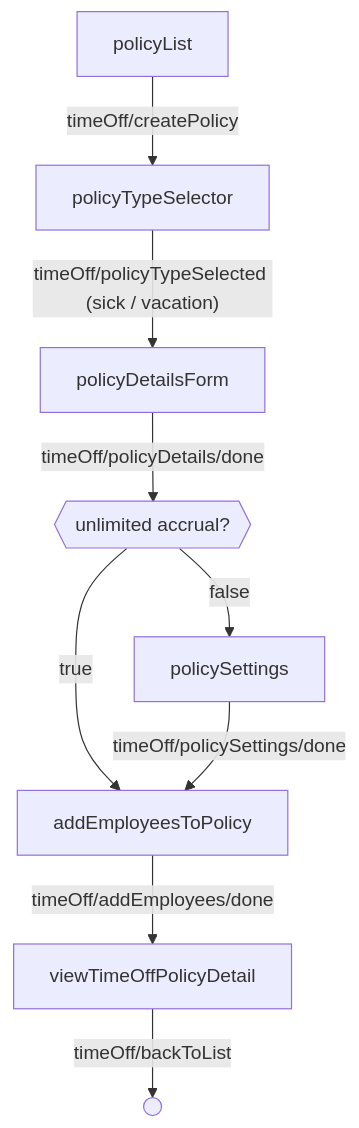
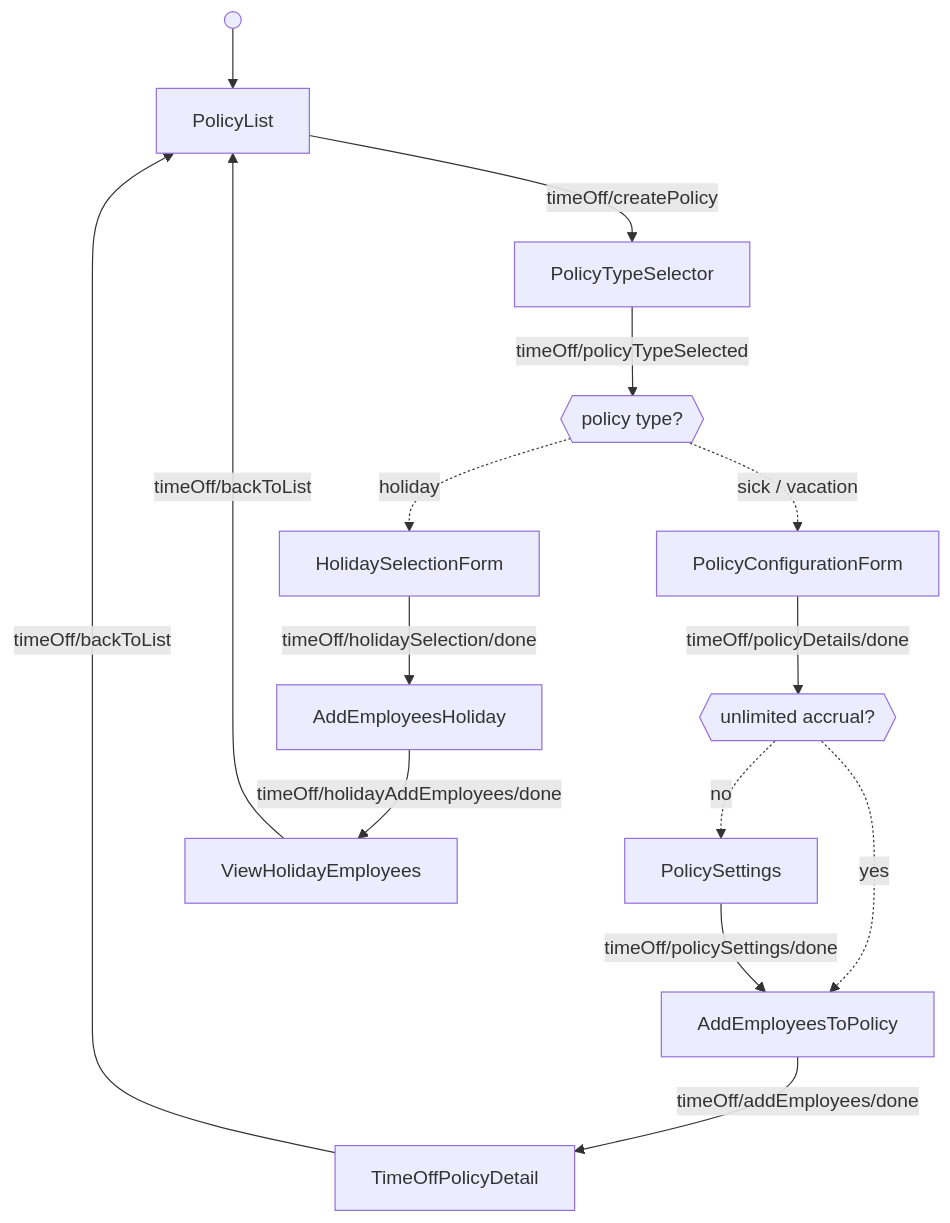
One commit to Gusto/embedded-react-sdk changed the first of 2 diagrams in docs/reference/time-off/time-off-flow.md. Above: the diagram before and after it, drawn with Mermaid. The commit also changed other lines of this file and 8 other files, not shown here.

First line of the commit message:
docs(payroll,time-off): rebuild step diagrams as hub-and-spoke

````diff
--- a/docs/reference/time-off/time-off-flow.md
+++ b/docs/reference/time-off/time-off-flow.md
@@ -94,11 +90,19 @@
 ```mermaid
 flowchart
-  policyList -->|"timeOff/createPolicy"| policyTypeSelector
-  policyTypeSelector -->|"timeOff/policyTypeSelected (sick / vacation)"| policyDetailsForm
-  policyDetailsForm -->|"timeOff/policyDetails/done"| unlimited{{"unlimited accrual?"}}
-  unlimited -->|true| addEmployeesToPolicy
-  unlimited -->|false| policySettings
-  policySettings -->|"timeOff/policySettings/done"| addEmployeesToPolicy
-  addEmployeesToPolicy -->|"timeOff/addEmployees/done"| viewTimeOffPolicyDetail
-  viewTimeOffPolicyDetail -->|"timeOff/backToList"| done(( ))
+  start@{ shape: sm-circ } --> PolicyList["PolicyList"]
+  PolicyList -->|"timeOff/createPolicy"| PolicyTypeSelector["PolicyTypeSelector"]
+  PolicyTypeSelector -->|"timeOff/policyTypeSelected"| policyType{{"policy type?"}}
+  policyType -.->|"sick / vacation"| PolicyConfigurationForm["PolicyConfigurationForm"]
+  policyType -.->|"holiday"| HolidaySelectionForm["HolidaySelectionForm"]
+  PolicyConfigurationForm -->|"timeOff/policyDetails/done"| unlimited{{"unlimited accrual?"}}
+  unlimited -.->|"yes"| AddEmployeesToPolicy["AddEmployeesToPolicy"]
+  unlimited -.->|"no"| PolicySettings["PolicySettings"]
+  PolicySettings -->|"timeOff/policySettings/done"| AddEmployeesToPolicy
+  AddEmployeesToPolicy -->|"timeOff/addEmployees/done"| TimeOffPolicyDetail["TimeOffPolicyDetail"]
+  HolidaySelectionForm -->|"timeOff/holidaySelection/done"| AddEmployeesHoliday["AddEmployeesHoliday"]
+  AddEmployeesHoliday -->|"timeOff/holidayAddEmployees/done"| ViewHolidayEmployees["ViewHolidayEmployees"]
+  TimeOffPolicyDetail -->|"timeOff/backToList"| PolicyList
+  ViewHolidayEmployees -->|"timeOff/backToList"| PolicyList
+  class policyType branch
+  class unlimited branch
 ```
````
